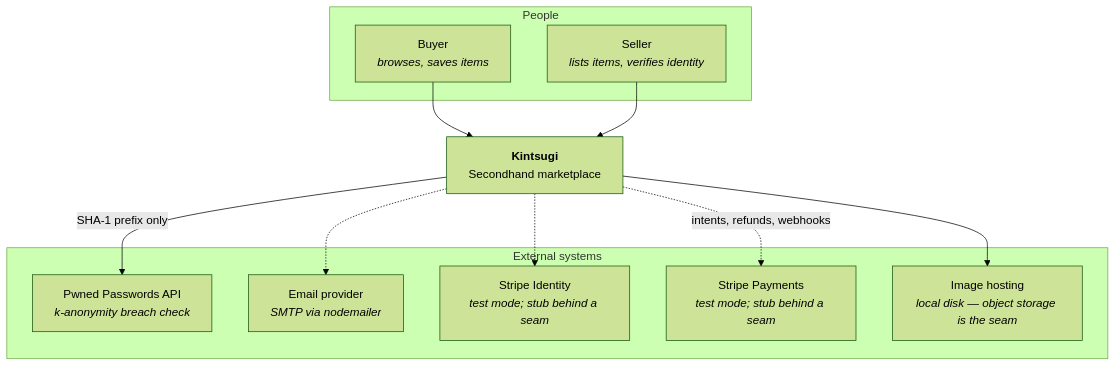
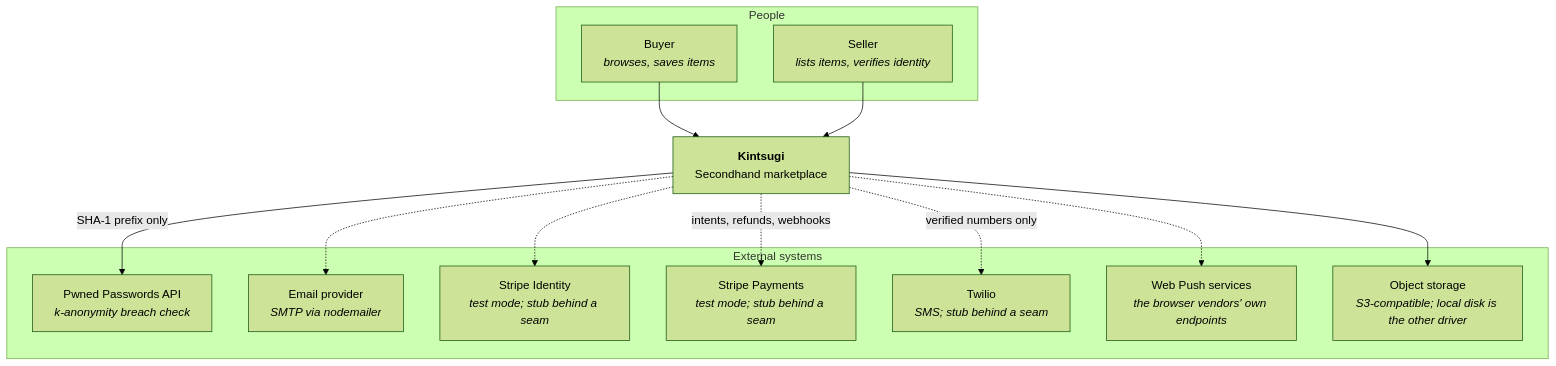
The first of 4 diagrams in docs/architecture/hld.md (prefierolasoledad/Kintsugi), drawn with Mermaid (forest theme) before and after one commit. The commit also changed other lines of this file and 28 other files, not shown here.

````diff
--- a/docs/architecture/hld.md
+++ b/docs/architecture/hld.md
@@ -10,25 +10,29 @@
 ```mermaid
 flowchart TB
     subgraph people["People"]
         Buyer["Buyer<br/><i>browses, saves items</i>"]
         Seller["Seller<br/><i>lists items, verifies identity</i>"]
     end
 
     K["<b>Kintsugi</b><br/>Secondhand marketplace"]
 
     subgraph ext["External systems"]
         Pwned["Pwned Passwords API<br/><i>k-anonymity breach check</i>"]
         Mail["Email provider<br/><i>SMTP via nodemailer</i>"]
         Kyc["Stripe Identity<br/><i>test mode; stub behind a seam</i>"]
         Pay["Stripe Payments<br/><i>test mode; stub behind a seam</i>"]
-        CDN["Image hosting<br/><i>local disk — object storage is the seam</i>"]
+        Sms["Twilio<br/><i>SMS; stub behind a seam</i>"]
+        Push["Web Push services<br/><i>the browser vendors' own endpoints</i>"]
+        CDN["Object storage<br/><i>S3-compatible; local disk is the other driver</i>"]
     end
 
     Buyer --> K
     Seller --> K
     K -->|"SHA-1 prefix only"| Pwned
     K -.-> Mail
     K -.-> Kyc
     K -.->|"intents, refunds, webhooks"| Pay
+    K -.->|"verified numbers only"| Sms
+    K -.-> Push
     K --> CDN
 ```
````
